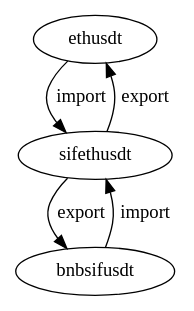
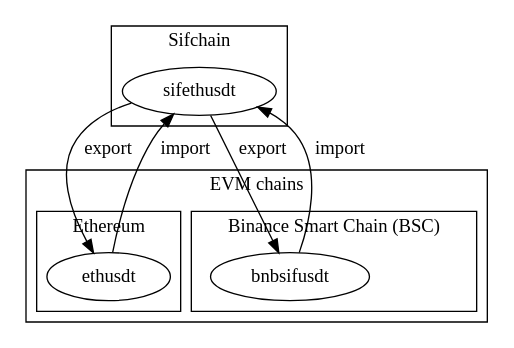
The diagram in docs/peggy/tokenPaths.dot (dolphintwo/sifnode), drawn with Graphviz before and after one commit.

Commit message:
work in progress

```diff
--- a/docs/peggy/tokenPaths.dot
+++ b/docs/peggy/tokenPaths.dot
@@ -1,6 +1,22 @@
 digraph G {
+    subgraph cluster_sifchain {
+        label="Sifchain"
+        sifethusdt
+    }
+    subgraph cluster_evm {
+        label="EVM chains"
+        subgraph cluster_etherum {
+            label="Ethereum"
+            ethusdt
+        }
+        subgraph cluster_bsc {
+            label="Binance Smart Chain (BSC)"
+            bnbsifusdt
+        }
+    }
+
     ethusdt -> sifethusdt [label="import"]
     sifethusdt -> bnbsifusdt [label="export"]
     sifethusdt -> ethusdt [label="export"]
     bnbsifusdt -> sifethusdt [label="import"]
 }
```
